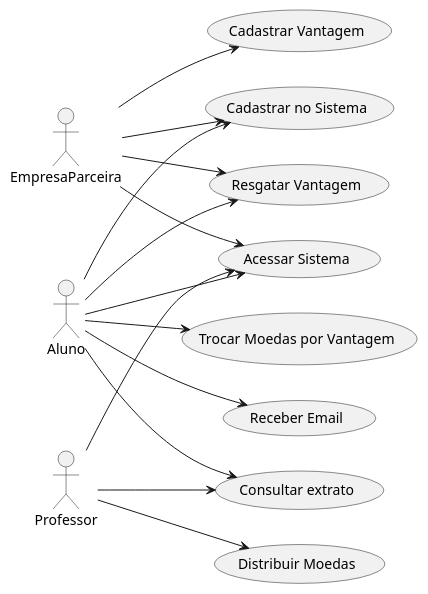
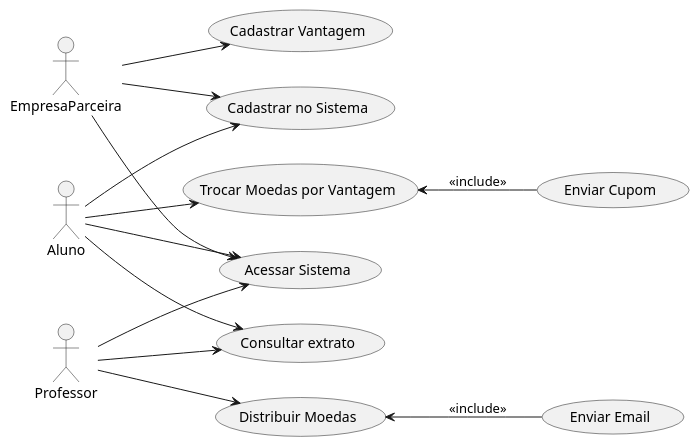
The diagram in projeto/Diagrama de Caso de Uso/Diagrama_de_Caso_de_Uso.puml (JoaoYM/Lab03_LDS), drawn with PlantUML before and after one commit.

```diff
--- a/projeto/Diagrama de Caso de Uso/Diagrama_de_Caso_de_Uso.puml
+++ b/projeto/Diagrama de Caso de Uso/Diagrama_de_Caso_de_Uso.puml
@@ -1,32 +1,32 @@
 @startuml
 left to right direction
 actor Aluno
 actor Professor
 actor EmpresaParceira
 
 usecase "Cadastrar no Sistema" as CA1
 usecase "Distribuir Moedas" as CA2
 usecase "Consultar extrato" as CA3
-usecase "Trocar Moedas por Vantagem" as CA6
-usecase "Cadastrar Vantagem" as CA7
-usecase "Receber Email" as CA9
-usecase "Resgatar Vantagem" as CA10
+usecase "Trocar Moedas por Vantagem" as CA4
+usecase "Cadastrar Vantagem" as CA5
+usecase "Enviar Cupom" as CA6
+usecase "Enviar Email" as CA9
 usecase "Acessar Sistema" as CA11
 
 Aluno --> CA11
 Professor --> CA11
 EmpresaParceira --> CA11
 
 Aluno --> CA1
 Aluno --> CA3
-Aluno --> CA6
-Aluno --> CA9
-Aluno --> CA10
+Aluno --> CA4
 
 Professor --> CA2
 Professor --> CA3
 
 EmpresaParceira --> CA1
-EmpresaParceira --> CA7
-EmpresaParceira --> CA10
+EmpresaParceira --> CA5
+
+CA2 <-- CA9: <<include>>
+CA4 <-- CA6: <<include>>
 @enduml
```
